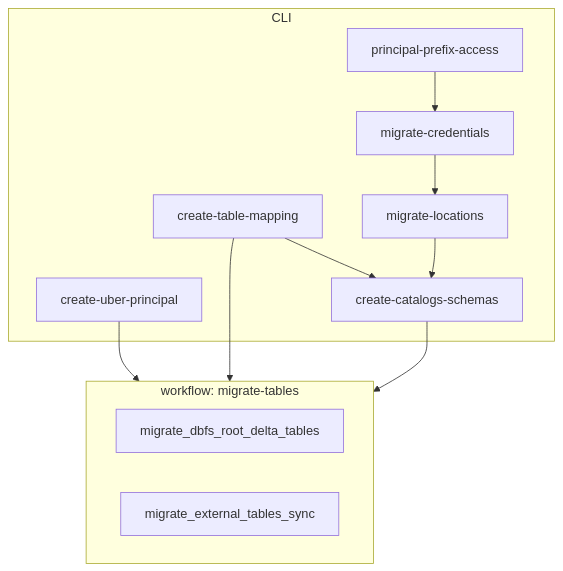
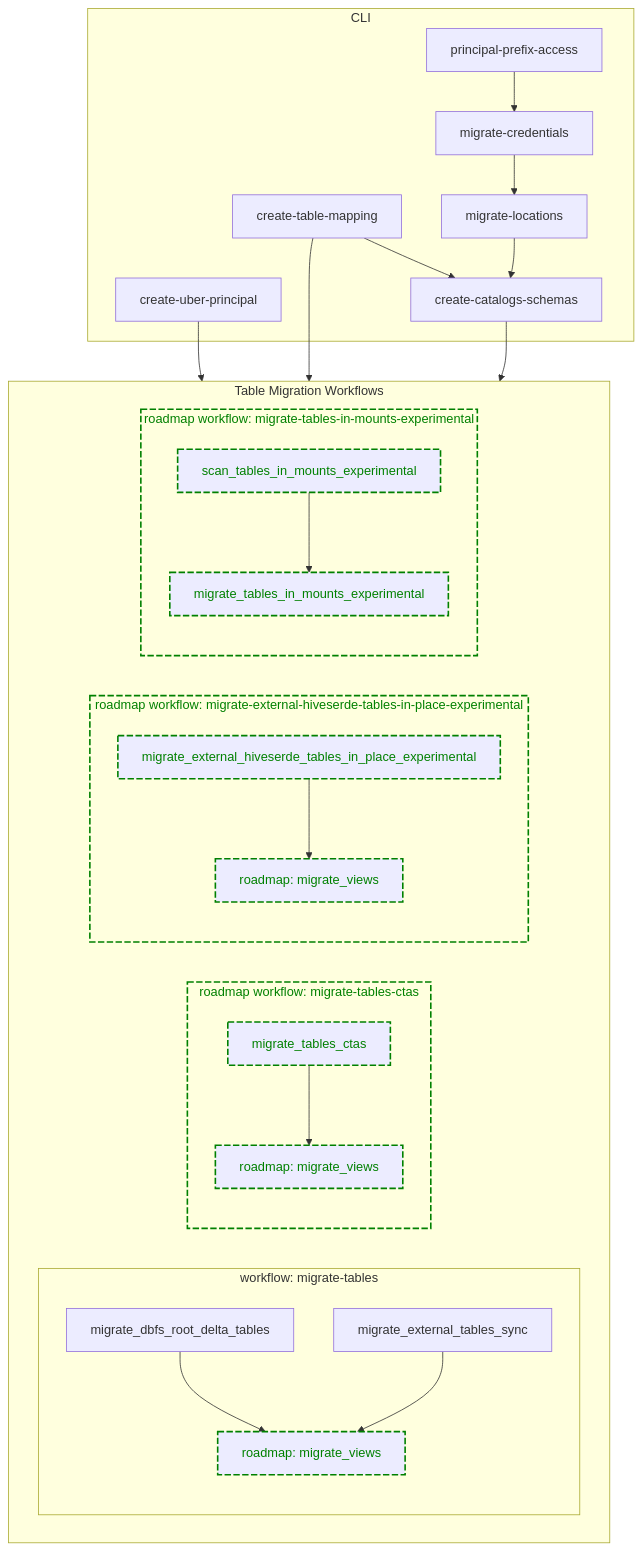
One commit to databrickslabs/ucx changed the second of 2 diagrams in README.md. Above: the diagram before and after it, drawn with Mermaid. The commit also changed other lines of this file, not shown here.

Commit message:
Add roadmap workflows and tasks to Table Migration Workflow document (#1274)

````diff
--- a/README.md
+++ b/README.md
@@ -353,19 +353,43 @@
 ```mermaid
-flowchart TD
+flowchart TB
     subgraph CLI
-    create_table_mapping[create-table-mapping] --> create_catalogs_schemas[create-catalogs-schemas]
-    create_uber_principal[create-uber-principal]
-    principal_prefix_access[principal-prefix-access] --> migrate_credentials[migrate-credentials]
-    migrate_credentials --> migrate_locations[migrate-locations]
-    migrate_locations --> create_catalogs_schemas
+      create_table_mapping[create-table-mapping] --> create_catalogs_schemas[create-catalogs-schemas]
+      create_uber_principal[create-uber-principal]
+      principal_prefix_access[principal-prefix-access] --> migrate_credentials[migrate-credentials]
+      migrate_credentials --> migrate_locations[migrate-locations]
+      migrate_locations --> create_catalogs_schemas
     end
     
-    create_uber_principal --> mt_workflow
-    create_table_mapping --> mt_workflow
-    create_catalogs_schemas --> mt_workflow
+    create_uber_principal --> workflow
+    create_table_mapping --> workflow
+    create_catalogs_schemas --> workflow
     
-    subgraph mt_workflow[workflow: migrate-tables]
-    dbfs_root_delta_mt_task[migrate_dbfs_root_delta_tables]
-    external_tables_sync_mt_task[migrate_external_tables_sync]
+    subgraph workflow[Table Migration Workflows]
+      subgraph mt_workflow[workflow: migrate-tables]
+        dbfs_root_delta_mt_task[migrate_dbfs_root_delta_tables]
+        external_tables_sync_mt_task[migrate_external_tables_sync]
+        view_mt_task[roadmap: migrate_views]
+        dbfs_root_delta_mt_task --> view_mt_task
+        external_tables_sync_mt_task --> view_mt_task
+      end
+      
+      subgraph mt_ctas_wf[roadmap workflow: migrate-tables-ctas]
+        ctas_mt_task[migrate_tables_ctas] --> view_mt_task_ctas[roadmap: migrate_views]
+      end
+  
+      subgraph mt_serde_inplace_wf[roadmap workflow: migrate-external-hiveserde-tables-in-place-experimental]
+        serde_inplace_mt_task[migrate_external_hiveserde_tables_in_place_experimental] --> view_mt_task_inplace[roadmap: migrate_views]
+      end
+  
+      subgraph mt_in_mounts_wf[roadmap workflow: migrate-tables-in-mounts-experimental]
+        scan_tables_in_mounts_experimental_task[scan_tables_in_mounts_experimental] --> 
+        migrate_tables_in_mounts_experimental[migrate_tables_in_mounts_experimental]
+      end
     end
+    
+    classDef roadmap stroke:Green,stroke-width:2px,color:Green,stroke-dasharray: 8 3
+    class view_mt_task roadmap;
+    class mt_ctas_wf,ctas_mt_task,view_mt_task_ctas roadmap;
+    class mt_serde_inplace_wf,serde_inplace_mt_task,view_mt_task_inplace roadmap;
+    class mt_in_mounts_wf,scan_tables_in_mounts_experimental_task,migrate_tables_in_mounts_experimental roadmap;
 ```
````
